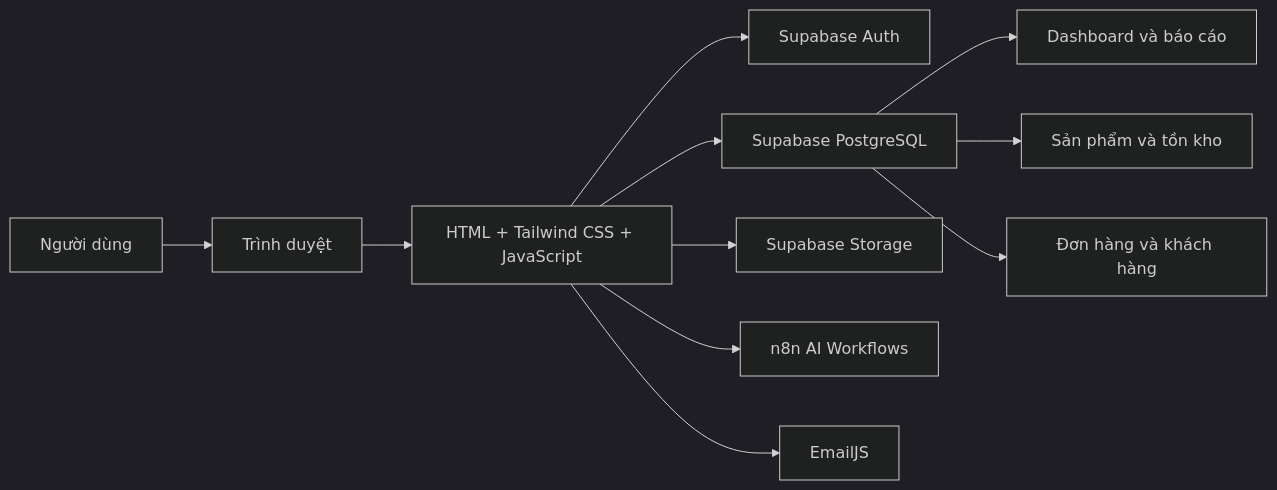
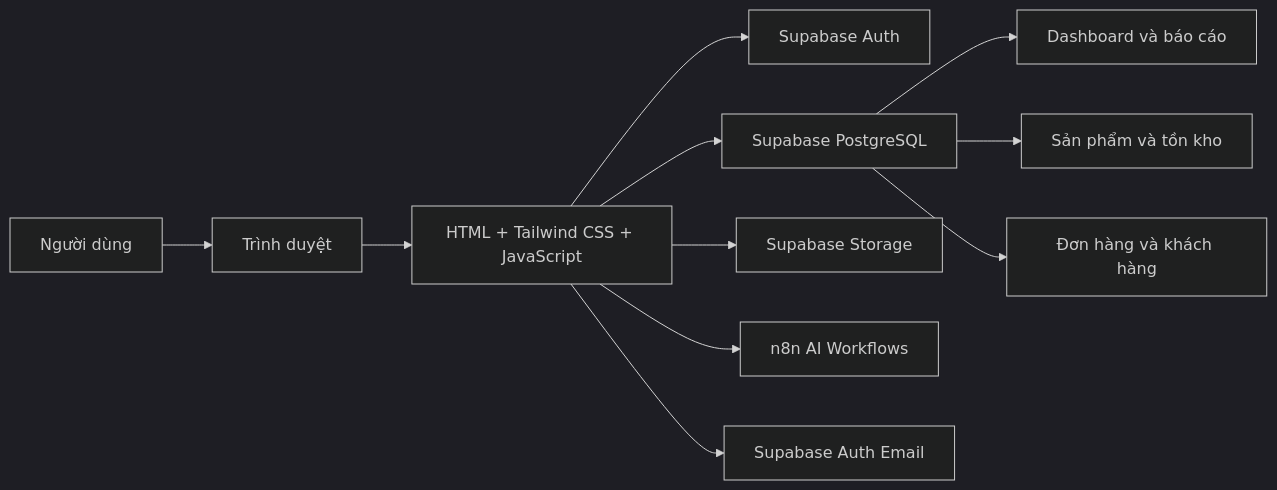
One commit to ankhanhwork/bitis-management-system changed the first of 4 diagrams in README.md. Above: the diagram before and after it, drawn with Mermaid (dark theme). The commit also changed other lines of this file and 27 other files, not shown here.

````diff
--- a/README.md
+++ b/README.md
@@ -148,13 +151,13 @@
 ```mermaid
 flowchart LR
     U[Người dùng] --> B[Trình duyệt]
     B --> H[HTML + Tailwind CSS + JavaScript]
     H --> A[Supabase Auth]
     H --> D[Supabase PostgreSQL]
     H --> S[Supabase Storage]
     H --> N[n8n AI Workflows]
-    H --> E[EmailJS]
+    H --> E[Supabase Auth Email]
     D --> R[Dashboard và báo cáo]
     D --> P[Sản phẩm và tồn kho]
     D --> O[Đơn hàng và khách hàng]
 ```
````
